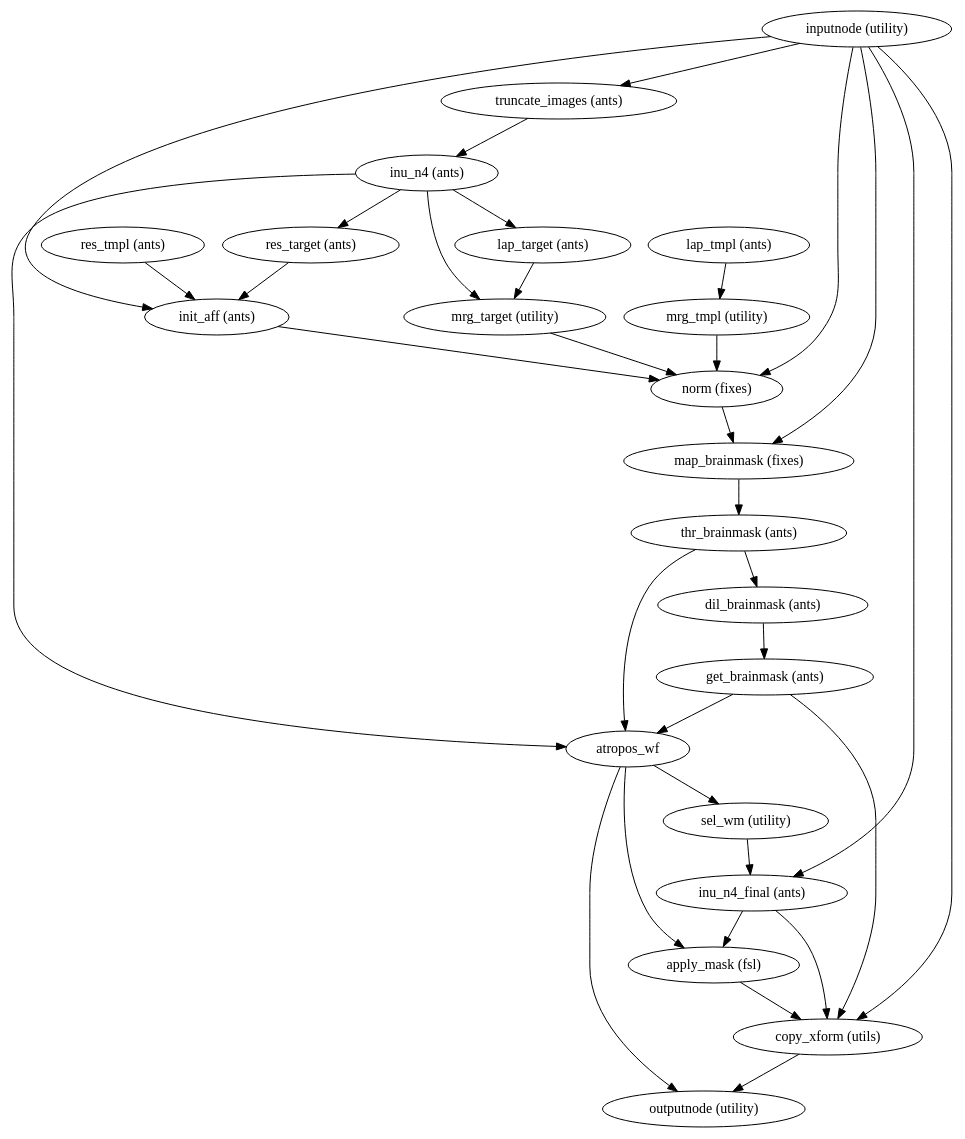
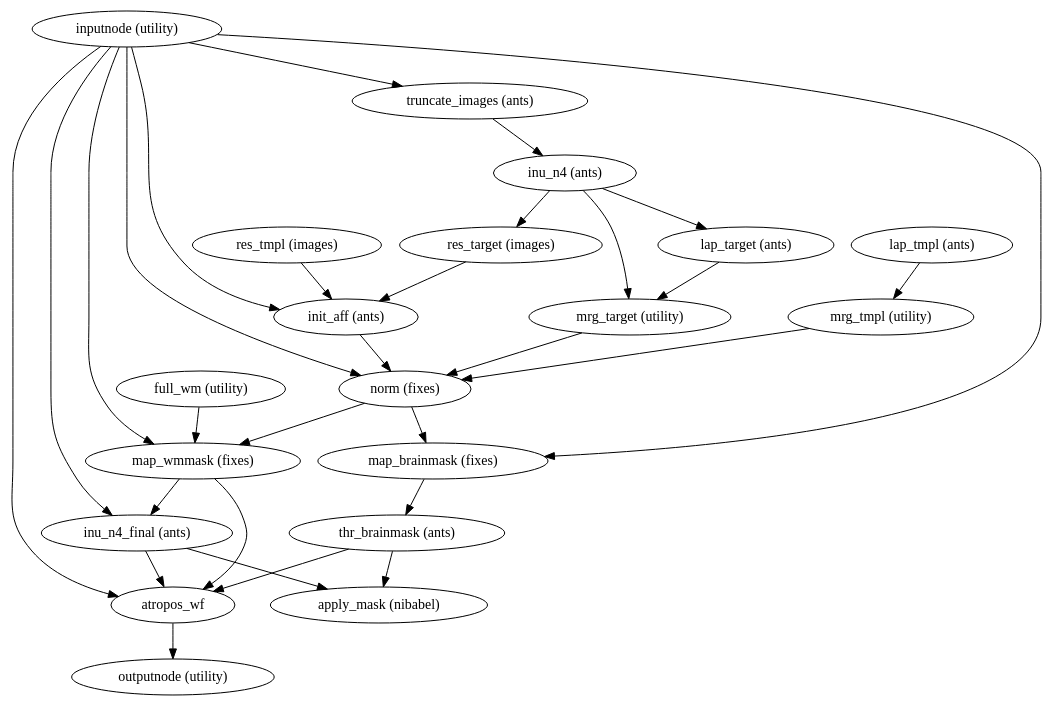
Before and after one commit to notZaki/niworkflows: the diagram in maint_1.3.x/wf_directive/api/brain_extraction_wf/niworkflows-anat-ants-2.dot, drawn with Graphviz. The commit also changed 9539 other files, not shown here.

```diff
--- a/maint_1.3.x/wf_directive/api/brain_extraction_wf/niworkflows-anat-ants-2.dot
+++ b/maint_1.3.x/wf_directive/api/brain_extraction_wf/niworkflows-anat-ants-2.dot
@@ -1,56 +1,50 @@
 strict digraph  {
 "inputnode (utility)";
 "truncate_images (ants)";
-"copy_xform (utils)";
 "inu_n4_final (ants)";
 "init_aff (ants)";
 "norm (fixes)";
 "map_brainmask (fixes)";
+"map_wmmask (fixes)";
+atropos_wf;
 "inu_n4 (ants)";
-"outputnode (utility)";
-"apply_mask (fsl)";
+"apply_mask (nibabel)";
 "thr_brainmask (ants)";
-"res_target (ants)";
+"res_target (images)";
 "lap_target (ants)";
 "mrg_target (utility)";
-atropos_wf;
-"res_tmpl (ants)";
-"dil_brainmask (ants)";
-"get_brainmask (ants)";
+"res_tmpl (images)";
+"full_wm (utility)";
 "lap_tmpl (ants)";
 "mrg_tmpl (utility)";
-"sel_wm (utility)";
+"outputnode (utility)";
 "inputnode (utility)" -> "truncate_images (ants)";
-"inputnode (utility)" -> "copy_xform (utils)";
 "inputnode (utility)" -> "inu_n4_final (ants)";
 "inputnode (utility)" -> "init_aff (ants)";
 "inputnode (utility)" -> "norm (fixes)";
 "inputnode (utility)" -> "map_brainmask (fixes)";
+"inputnode (utility)" -> "map_wmmask (fixes)";
+"inputnode (utility)" -> atropos_wf;
 "truncate_images (ants)" -> "inu_n4 (ants)";
-"copy_xform (utils)" -> "outputnode (utility)";
-"inu_n4_final (ants)" -> "apply_mask (fsl)";
-"inu_n4_final (ants)" -> "copy_xform (utils)";
+"inu_n4_final (ants)" -> "apply_mask (nibabel)";
+"inu_n4_final (ants)" -> atropos_wf;
 "init_aff (ants)" -> "norm (fixes)";
 "norm (fixes)" -> "map_brainmask (fixes)";
+"norm (fixes)" -> "map_wmmask (fixes)";
 "map_brainmask (fixes)" -> "thr_brainmask (ants)";
-"inu_n4 (ants)" -> "res_target (ants)";
+"map_wmmask (fixes)" -> "inu_n4_final (ants)";
+"map_wmmask (fixes)" -> atropos_wf;
+atropos_wf -> "outputnode (utility)";
+"inu_n4 (ants)" -> "res_target (images)";
 "inu_n4 (ants)" -> "lap_target (ants)";
 "inu_n4 (ants)" -> "mrg_target (utility)";
-"inu_n4 (ants)" -> atropos_wf;
-"apply_mask (fsl)" -> "copy_xform (utils)";
-"thr_brainmask (ants)" -> "dil_brainmask (ants)";
+"thr_brainmask (ants)" -> "apply_mask (nibabel)";
 "thr_brainmask (ants)" -> atropos_wf;
-"res_target (ants)" -> "init_aff (ants)";
+"res_target (images)" -> "init_aff (ants)";
 "lap_target (ants)" -> "mrg_target (utility)";
 "mrg_target (utility)" -> "norm (fixes)";
-atropos_wf -> "sel_wm (utility)";
-atropos_wf -> "apply_mask (fsl)";
-atropos_wf -> "outputnode (utility)";
-"res_tmpl (ants)" -> "init_aff (ants)";
-"dil_brainmask (ants)" -> "get_brainmask (ants)";
-"get_brainmask (ants)" -> "copy_xform (utils)";
-"get_brainmask (ants)" -> atropos_wf;
+"res_tmpl (images)" -> "init_aff (ants)";
+"full_wm (utility)" -> "map_wmmask (fixes)";
 "lap_tmpl (ants)" -> "mrg_tmpl (utility)";
 "mrg_tmpl (utility)" -> "norm (fixes)";
-"sel_wm (utility)" -> "inu_n4_final (ants)";
 }
```
